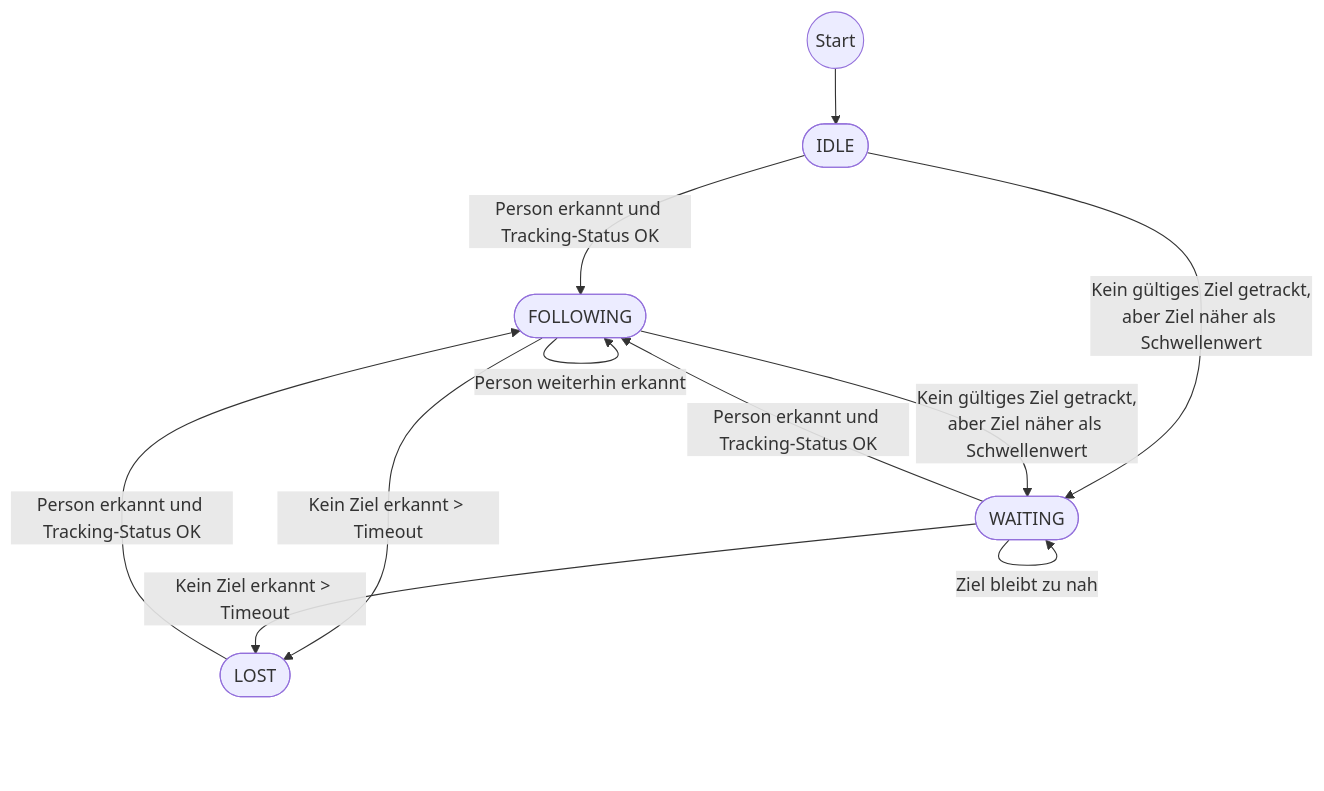
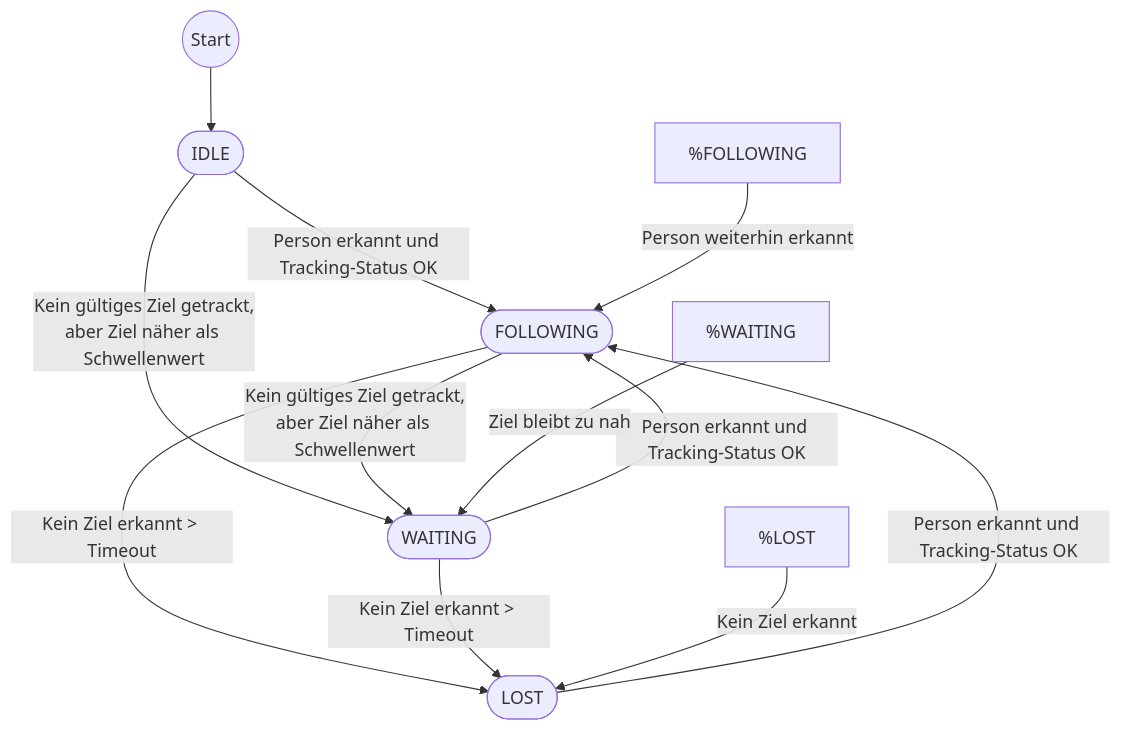
Before and after one commit to RenhongLiu/iodraw-files: the diagram in all/未命名-3.md, drawn with Mermaid.

Commit message:
2025-07-26 20:39:33 update

````diff
--- a/all/未命名-3.md
+++ b/all/未命名-3.md
@@ -1,30 +1,30 @@
 ```mermaid
 flowchart TD
     IDLE([IDLE])
     FOLLOWING([FOLLOWING])
     WAITING([WAITING])
     LOST([LOST])
 
     %% 系统启动，初始为IDLE
     START((Start)) --> IDLE
 
     %% 检测到有效目标
     IDLE -- "Person erkannt und Tracking-Status OK" --> FOLLOWING
     WAITING -- "Person erkannt und Tracking-Status OK" --> FOLLOWING
     LOST -- "Person erkannt und Tracking-Status OK" --> FOLLOWING
 
     %% 未能有效跟踪目标，但有目标很近
     IDLE -- "Kein gültiges Ziel getrackt,\naber Ziel näher als Schwellenwert" --> WAITING
     FOLLOWING -- "Kein gültiges Ziel getrackt,\naber Ziel näher als Schwellenwert" --> WAITING
 
     %% 目标丢失（长时间未检测到目标）
     FOLLOWING -- "Kein Ziel erkannt > Timeout" --> LOST
     WAITING -- "Kein Ziel erkannt > Timeout" --> LOST
 
 
     %% 保持当前状态的情况（可选，不画也行）
-    FOLLOWING -- "Person weiterhin erkannt" --> FOLLOWING
-    WAITING -- "Ziel bleibt zu nah" --> WAITING
-    %% LOST -- "Kein Ziel erkannt" --> LOST
+    %FOLLOWING -- "Person weiterhin erkannt" --> FOLLOWING
+    %WAITING -- "Ziel bleibt zu nah" --> WAITING
+    %LOST -- "Kein Ziel erkannt" --> LOST
 
 ```
````
